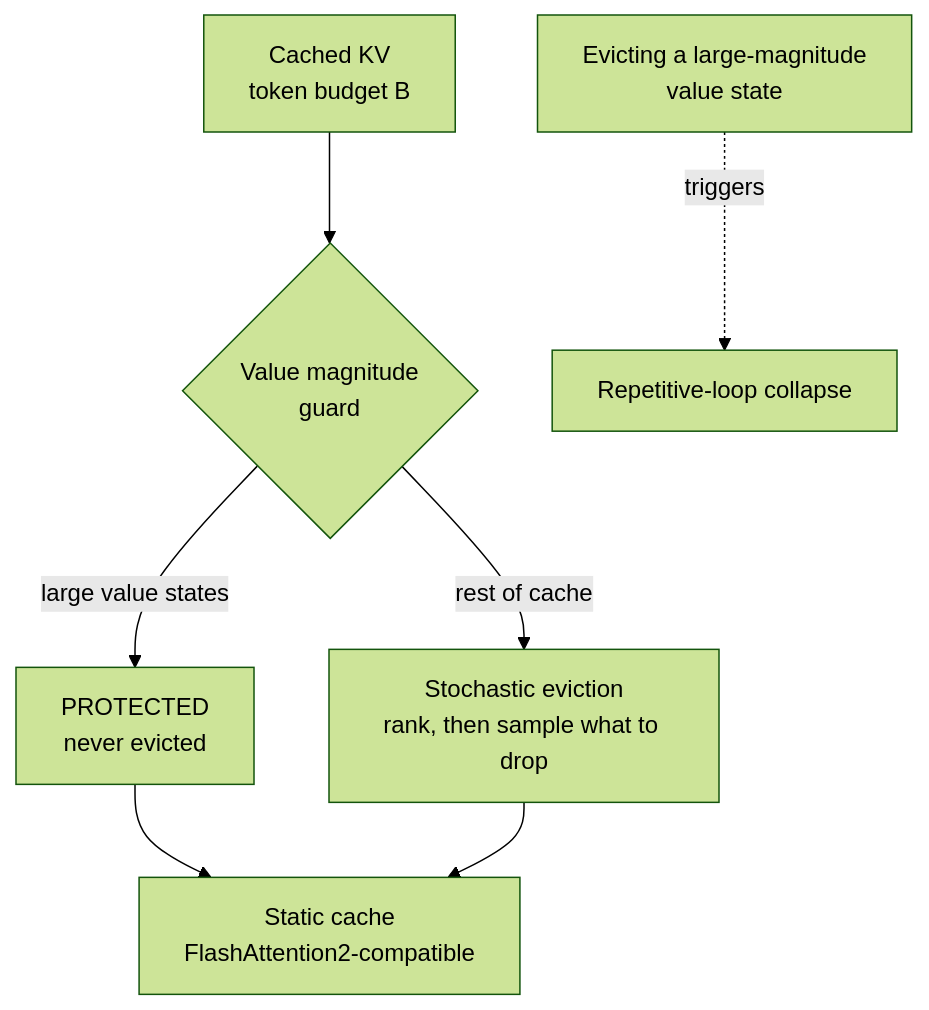
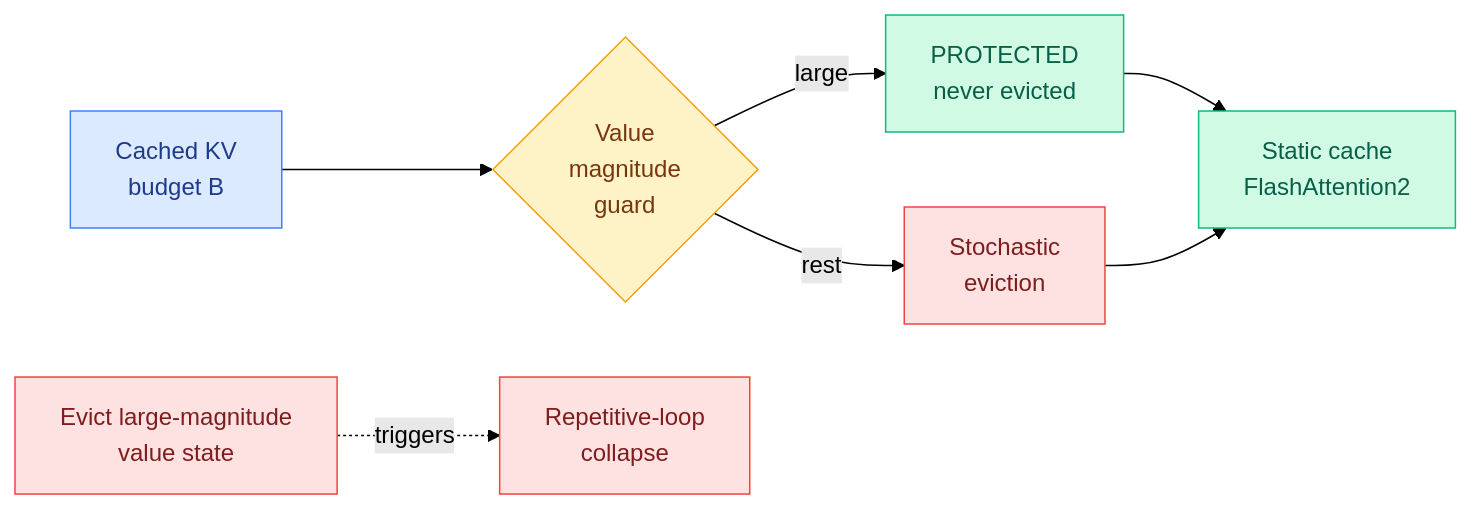
Before and after one commit to bayesiansapien/cere-bro: the first of 7 diagrams in wiki/daily-digest/2026-06/2026-06-03.md, drawn with Mermaid (forest theme).

Commit message:
wiki: update wiki/2026-06-03

````diff
--- a/wiki/daily-digest/2026-06/2026-06-03.md
+++ b/wiki/daily-digest/2026-06/2026-06-03.md
@@ -26,9 +26,17 @@
 ```mermaid
-flowchart TB
-  C[Cached KV<br/>token budget B] --> G{Value magnitude<br/>guard}
-  G -->|large value states| P[PROTECTED<br/>never evicted]
-  G -->|rest of cache| S[Stochastic eviction<br/>rank, then sample what to drop]
-  P --> F[Static cache<br/>FlashAttention2-compatible]
+flowchart LR
+  C[Cached KV<br/>budget B] --> G{Value<br/>magnitude<br/>guard}
+  G -->|large| P[PROTECTED<br/>never evicted]
+  G -->|rest| S[Stochastic<br/>eviction]
+  P --> F[Static cache<br/>FlashAttention2]
   S --> F
-  X[Evicting a large-magnitude<br/>value state] -.->|triggers| Y[Repetitive-loop collapse]
+  X[Evict large-magnitude<br/>value state] -.->|triggers| Y[Repetitive-loop<br/>collapse]
+  classDef input fill:#dbeafe,stroke:#3b82f6,color:#1e3a8a
+  classDef decision fill:#fef3c7,stroke:#f59e0b,color:#78350f
+  classDef output fill:#d1fae5,stroke:#10b981,color:#065f46
+  classDef warn fill:#fee2e2,stroke:#ef4444,color:#7f1d1d
+  class C input
+  class G decision
+  class P,F output
+  class S,X,Y warn
 ```
````
